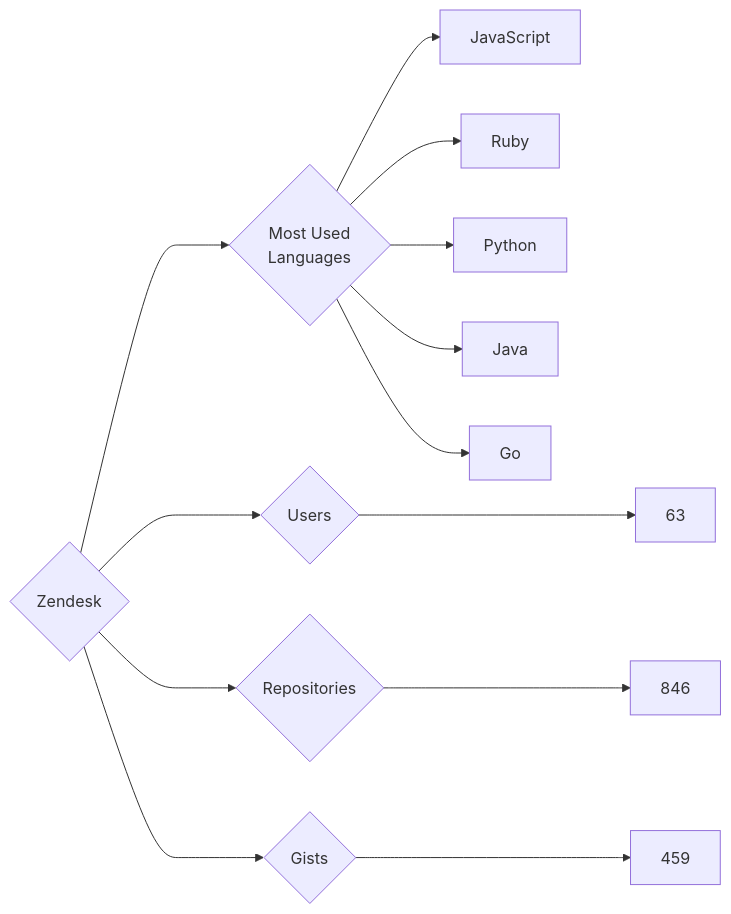
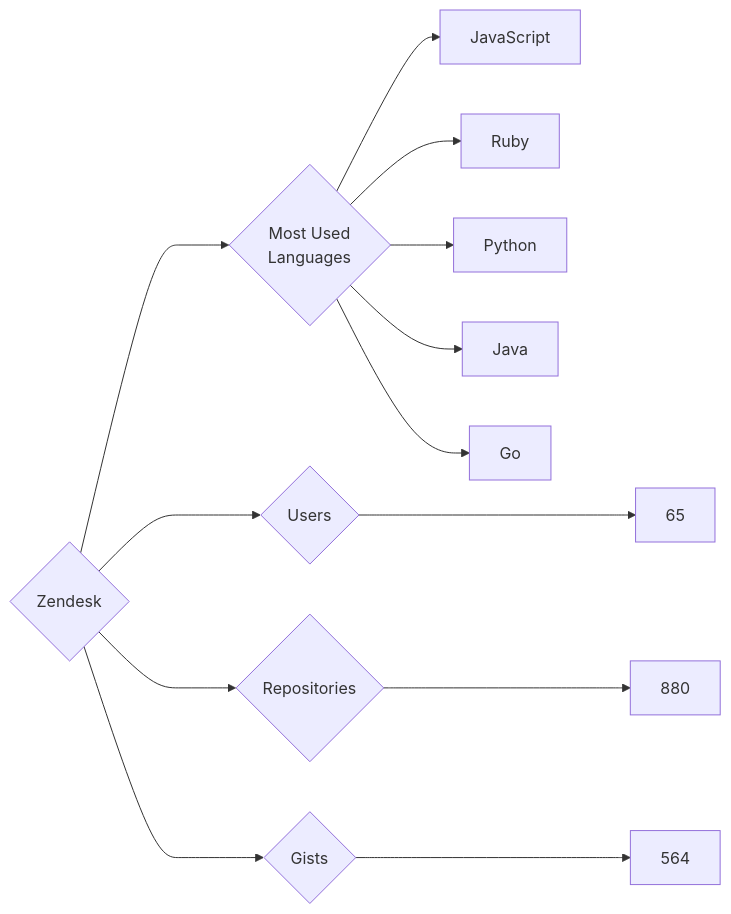
The diagram in targets/Zendesk/README.md (trickest/insiders), drawn with Mermaid before and after one commit. The commit also changed 794 other files, not shown here.

````diff
--- a/targets/Zendesk/README.md
+++ b/targets/Zendesk/README.md
@@ -3,13 +3,13 @@
 ```mermaid
 graph LR
 COMPANY_NAME{Zendesk}
-COMPANY_NAME ---> U{Users} ---> UN[63]
-COMPANY_NAME ---> R{Repositories} ---> RN[846]
-COMPANY_NAME ---> G{Gists} ---> GN[459]
+COMPANY_NAME ---> U{Users} ---> UN[65]
+COMPANY_NAME ---> R{Repositories} ---> RN[880]
+COMPANY_NAME ---> G{Gists} ---> GN[564]
 COMPANY_NAME ---> ML{Most Used<br>Languages}
 ML --> JavaScript[JavaScript]
 ML --> Ruby[Ruby]
 ML --> Python[Python]
 ML --> Java[Java]
 ML --> Go[Go]
 ```
````
